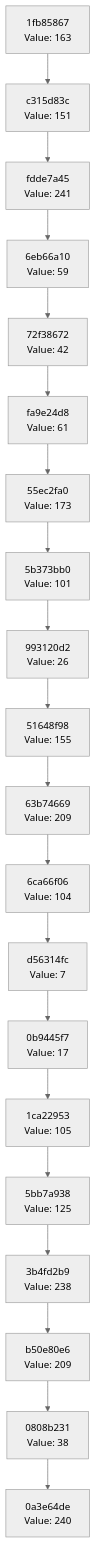
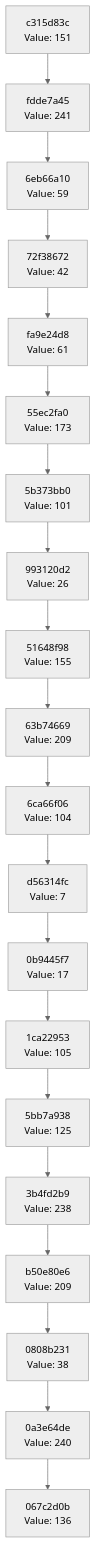
The diagram in docs/CHAIN_VISUALIZATION.md (Abhisheksinha1506/hash-chain-evolver), drawn with Mermaid (neutral theme) before and after one commit. The commit also changed 3 other files, not shown here.

````diff
--- a/docs/CHAIN_VISUALIZATION.md
+++ b/docs/CHAIN_VISUALIZATION.md
@@ -3,42 +3,42 @@
 ```mermaid
 graph TD
-    C0["0a3e64de<br/>Value: 240"]
-    C1["0808b231<br/>Value: 38"]
+    C0["067c2d0b<br/>Value: 136"]
+    C1["0a3e64de<br/>Value: 240"]
     C1 --> C0
-    C2["b50e80e6<br/>Value: 209"]
+    C2["0808b231<br/>Value: 38"]
     C2 --> C1
-    C3["3b4fd2b9<br/>Value: 238"]
+    C3["b50e80e6<br/>Value: 209"]
     C3 --> C2
-    C4["5bb7a938<br/>Value: 125"]
+    C4["3b4fd2b9<br/>Value: 238"]
     C4 --> C3
-    C5["1ca22953<br/>Value: 105"]
+    C5["5bb7a938<br/>Value: 125"]
     C5 --> C4
-    C6["0b9445f7<br/>Value: 17"]
+    C6["1ca22953<br/>Value: 105"]
     C6 --> C5
-    C7["d56314fc<br/>Value: 7"]
+    C7["0b9445f7<br/>Value: 17"]
     C7 --> C6
-    C8["6ca66f06<br/>Value: 104"]
+    C8["d56314fc<br/>Value: 7"]
     C8 --> C7
-    C9["63b74669<br/>Value: 209"]
+    C9["6ca66f06<br/>Value: 104"]
     C9 --> C8
-    C10["51648f98<br/>Value: 155"]
+    C10["63b74669<br/>Value: 209"]
     C10 --> C9
-    C11["993120d2<br/>Value: 26"]
+    C11["51648f98<br/>Value: 155"]
     C11 --> C10
-    C12["5b373bb0<br/>Value: 101"]
+    C12["993120d2<br/>Value: 26"]
     C12 --> C11
-    C13["55ec2fa0<br/>Value: 173"]
+    C13["5b373bb0<br/>Value: 101"]
     C13 --> C12
-    C14["fa9e24d8<br/>Value: 61"]
+    C14["55ec2fa0<br/>Value: 173"]
     C14 --> C13
-    C15["72f38672<br/>Value: 42"]
+    C15["fa9e24d8<br/>Value: 61"]
     C15 --> C14
-    C16["6eb66a10<br/>Value: 59"]
+    C16["72f38672<br/>Value: 42"]
     C16 --> C15
-    C17["fdde7a45<br/>Value: 241"]
+    C17["6eb66a10<br/>Value: 59"]
     C17 --> C16
-    C18["c315d83c<br/>Value: 151"]
+    C18["fdde7a45<br/>Value: 241"]
     C18 --> C17
-    C19["1fb85867<br/>Value: 163"]
+    C19["c315d83c<br/>Value: 151"]
     C19 --> C18
 ```
````
